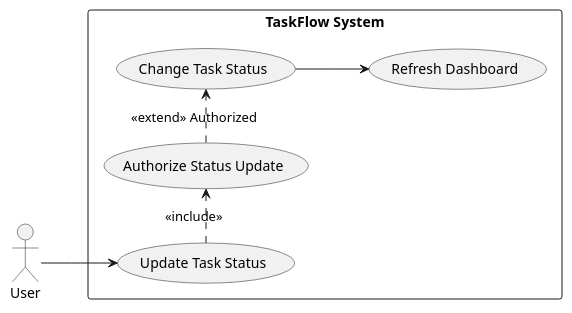
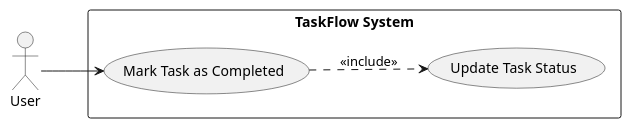
Before and after one commit to Chaman532003/framework: the fifth of 9 diagrams in artifacts/spec/spec.md, drawn with PlantUML. The commit also changed other lines of this file, not shown here.

````diff
--- a/artifacts/spec/spec.md
+++ b/artifacts/spec/spec.md
@@ -460,20 +433,16 @@
 ```plantuml
 @startuml
 left to right direction
 skinparam packageStyle rectangle
 
 actor User
 
 rectangle "TaskFlow System" {
-  usecase (Update Task Status) as UC6
-  usecase (Authorize Status Update) as UC6a
-  usecase (Change Task Status) as UC6b
-  usecase (Refresh Dashboard) as UC6c
+  usecase (Mark Task as Completed) as UC6
+  usecase (Update Task Status) as UC_UpdateStatus
 }
 
 User --> UC6
-UC6 .> UC6a : <<include>>
-UC6a .> UC6b : <<extend>> Authorized
-UC6b --> UC6c
+UC6 ..> UC_UpdateStatus : <<include>>
 @enduml
 ```
````
